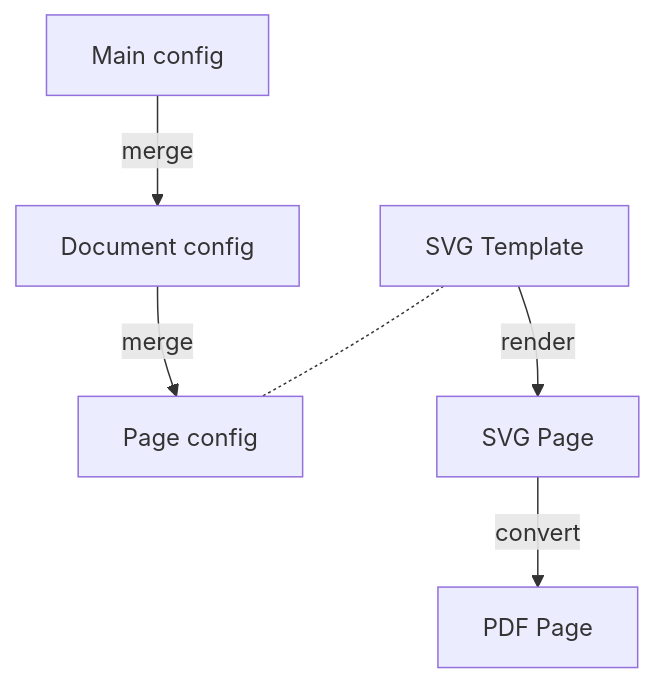
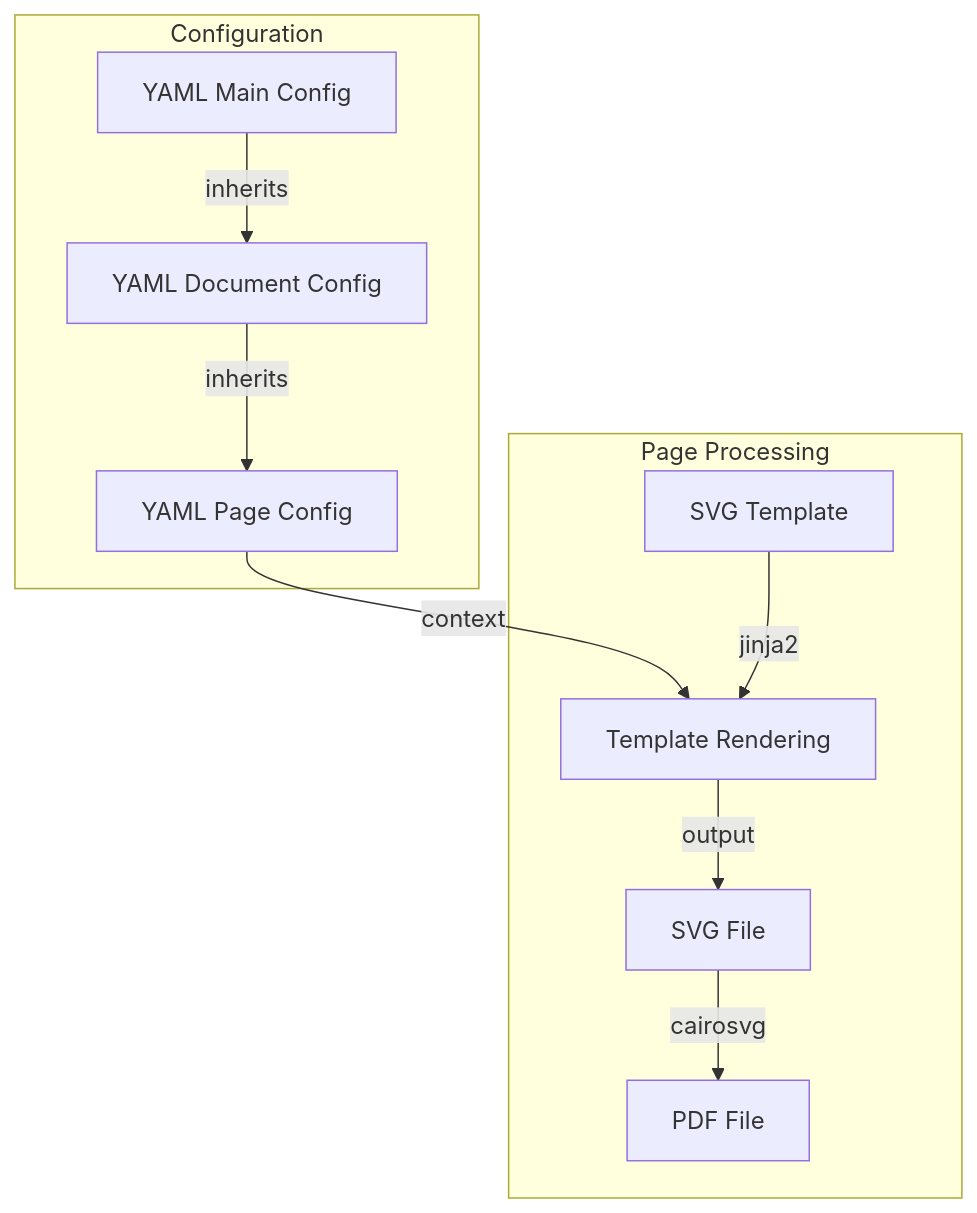
Before and after one commit to pythonnz/pdfbaker: the second of 3 diagrams in docs/overview.md, drawn with Mermaid. The commit also changed other lines of this file and 1 other file, not shown here.

Commit message:
Improve use of diagrams

````diff
--- a/docs/overview.md
+++ b/docs/overview.md
@@ -16,9 +57,15 @@
 ```mermaid
-graph TD
-    Main[Main config] -->|merge| Document[Document config]
-    Document -->|merge| Page[Page config]
-    Template[SVG Template] -.- Page
-    Template -->|render| SVG[SVG Page]
-    SVG -->|convert| PDF[PDF Page]
+flowchart TD
+    subgraph Configuration
+        Main[YAML Main Config] -->|inherits| Doc[YAML Document Config]
+        Doc -->|inherits| Page[YAML Page Config]
+    end
 
+    subgraph Page Processing
+        Template[SVG Template]
+        Page -->|context| Render[Template Rendering]
+        Template -->|jinja2| Render
+        Render -->|output| SVG[SVG File]
+        SVG -->|cairosvg| PDF[PDF File]
+    end
 ```
````
